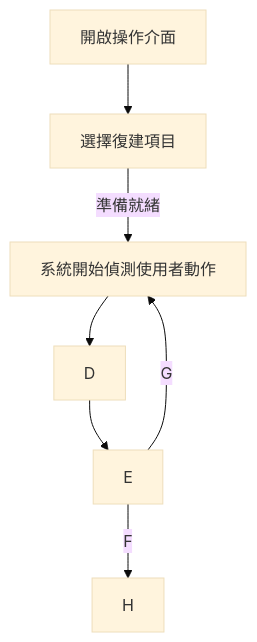
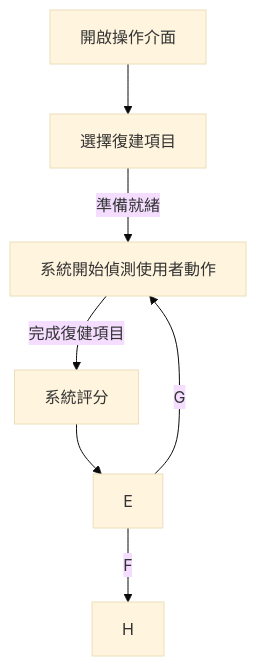
One commit to jamie-commander/Python_MediaPipe_Tk changed the diagram in README.md. Above: the diagram before and after it, drawn with Mermaid (base theme).

````diff
--- a/README.md
+++ b/README.md
@@ -4,9 +4,9 @@
 ```mermaid
         graph TD
         Big_Data_Catch[開啟操作介面] --> Calc[選擇復建項目]
         Calc -- 準備就緒 --> Analysis[系統開始偵測使用者動作]
-        Analysis --> feature[D]
+        Analysis -- 完成復健項目 --> feature[系統評分]
         feature --> backtrader[E]
         backtrader -- F --> result[H]
         backtrader -- G --> Analysis
 ```
````
